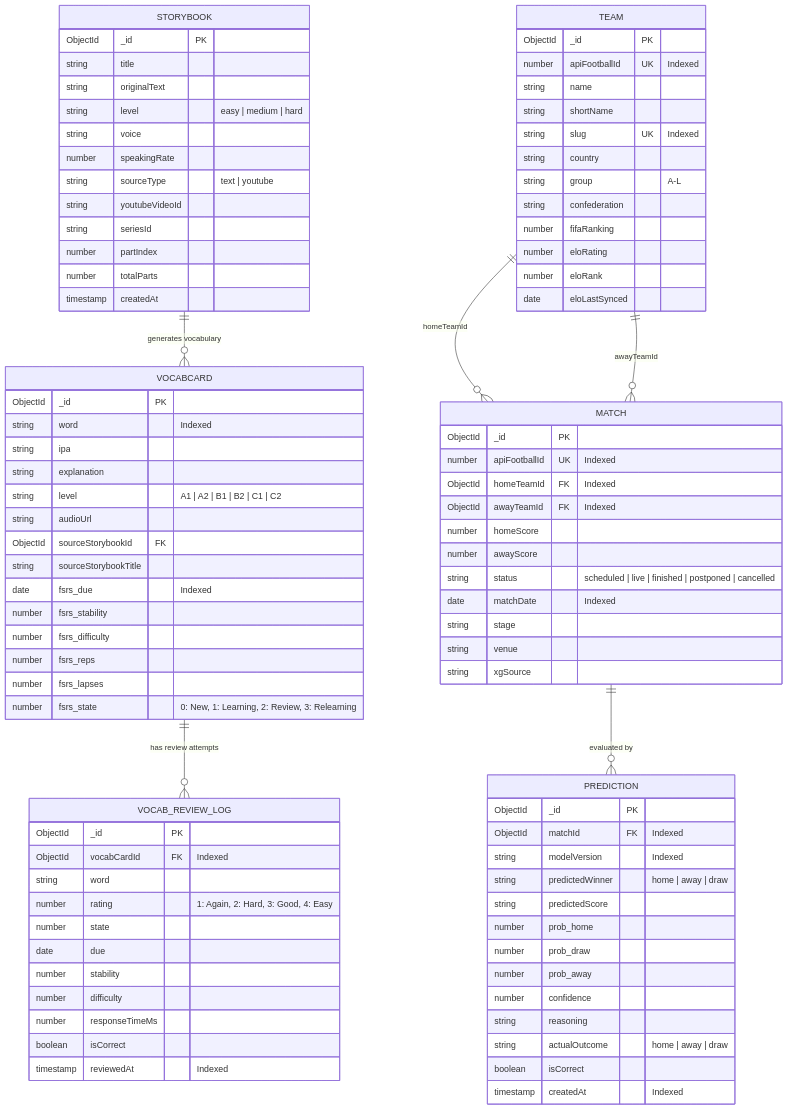
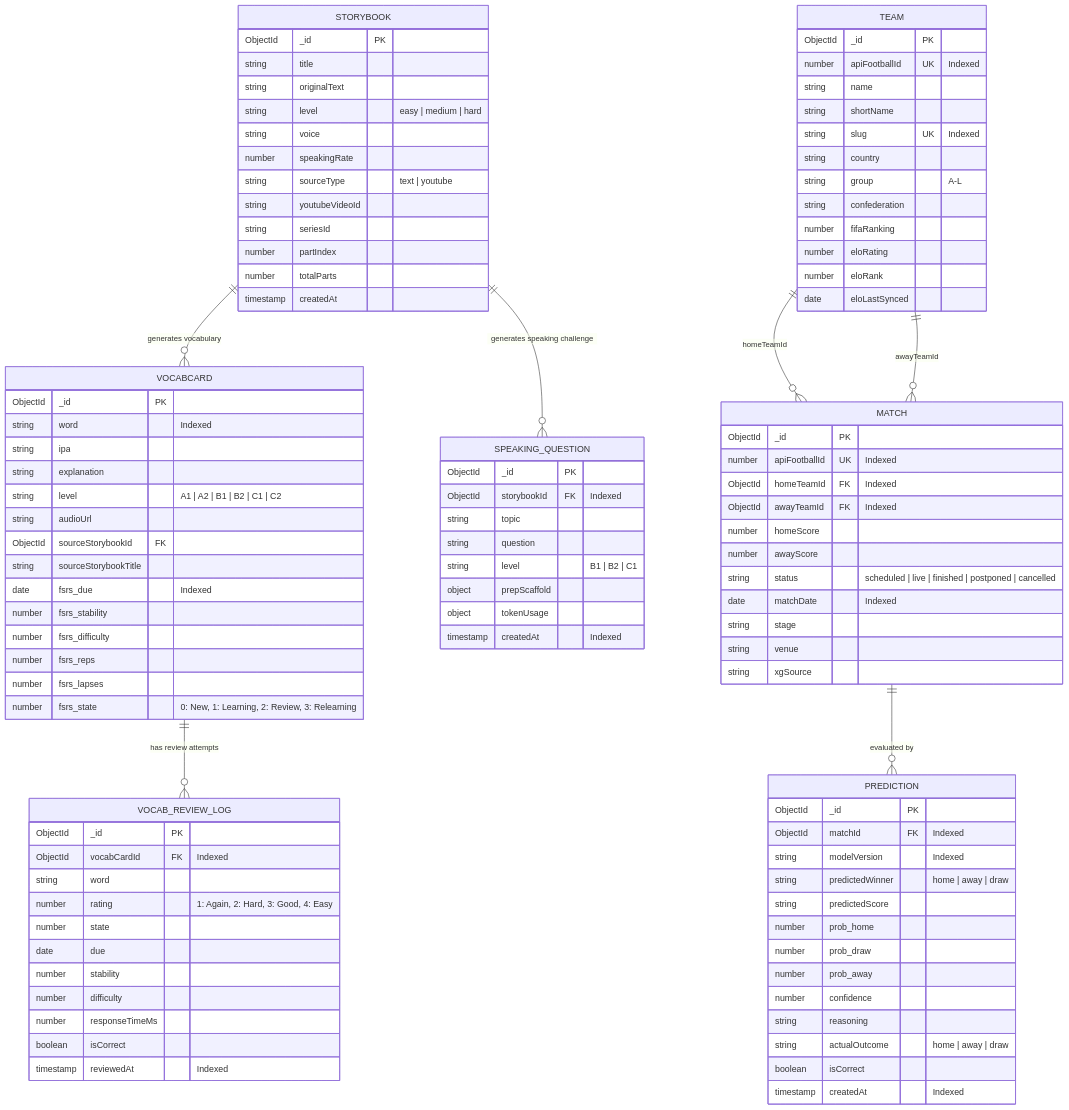
One commit to vuanhtu1993/aha-opta changed the diagram in requirements/global/domain-models.md. Above: the diagram before and after it, drawn with Mermaid. The commit also changed other lines of this file and 11 other files, not shown here.

````diff
--- a/requirements/global/domain-models.md
+++ b/requirements/global/domain-models.md
@@ -27,6 +27,7 @@
 ```mermaid
 erDiagram
     STORYBOOK ||--o{ VOCABCARD : "generates vocabulary"
+    STORYBOOK ||--o{ SPEAKING_QUESTION : "generates speaking challenge"
     VOCABCARD ||--o{ VOCAB_REVIEW_LOG : "has review attempts"
     TEAM ||--o{ MATCH : "homeTeamId"
     TEAM ||--o{ MATCH : "awayTeamId"
@@ -122,4 +123,15 @@
         boolean isCorrect
         timestamp createdAt "Indexed"
     }
+
+    SPEAKING_QUESTION {
+        ObjectId _id PK
+        ObjectId storybookId FK "Indexed"
+        string topic
+        string question
+        string level "B1 | B2 | C1"
+        object prepScaffold
+        object tokenUsage
+        timestamp createdAt "Indexed"
+    }
 ```
````
